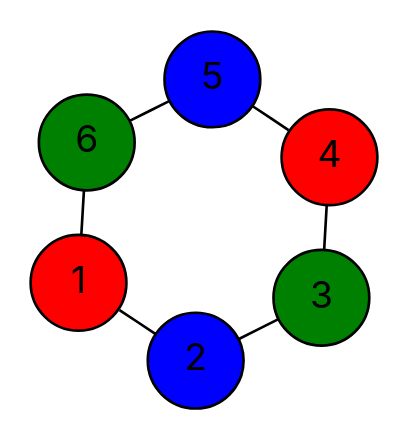
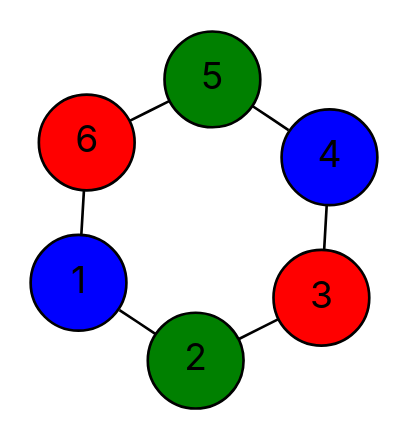
The diagram in data/final-dots/easy-02-parallel.dot (vercah/vertex-coloring), drawn with Graphviz before and after one commit. The commit also changed 106 other files, not shown here.

```diff
--- a/data/final-dots/easy-02-parallel.dot
+++ b/data/final-dots/easy-02-parallel.dot
@@ -1,18 +1,18 @@
 graph G {
   layout=neato;
   overlap=false;
   splines=true;
   node [shape=circle, style=filled, fontname=Inter];
-  1 [label="1", fillcolor="red", tooltip="v1 color 0"];
-  2 [label="2", fillcolor="blue", tooltip="v2 color 2"];
-  3 [label="3", fillcolor="green", tooltip="v3 color 1"];
-  4 [label="4", fillcolor="red", tooltip="v4 color 0"];
-  5 [label="5", fillcolor="blue", tooltip="v5 color 2"];
-  6 [label="6", fillcolor="green", tooltip="v6 color 1"];
+  1 [label="1", fillcolor="blue", tooltip="v1 color 2"];
+  2 [label="2", fillcolor="green", tooltip="v2 color 1"];
+  3 [label="3", fillcolor="red", tooltip="v3 color 0"];
+  4 [label="4", fillcolor="blue", tooltip="v4 color 2"];
+  5 [label="5", fillcolor="green", tooltip="v5 color 1"];
+  6 [label="6", fillcolor="red", tooltip="v6 color 0"];
   1 -- 2;
   1 -- 6;
   2 -- 3;
   3 -- 4;
   4 -- 5;
   5 -- 6;
 }
```
